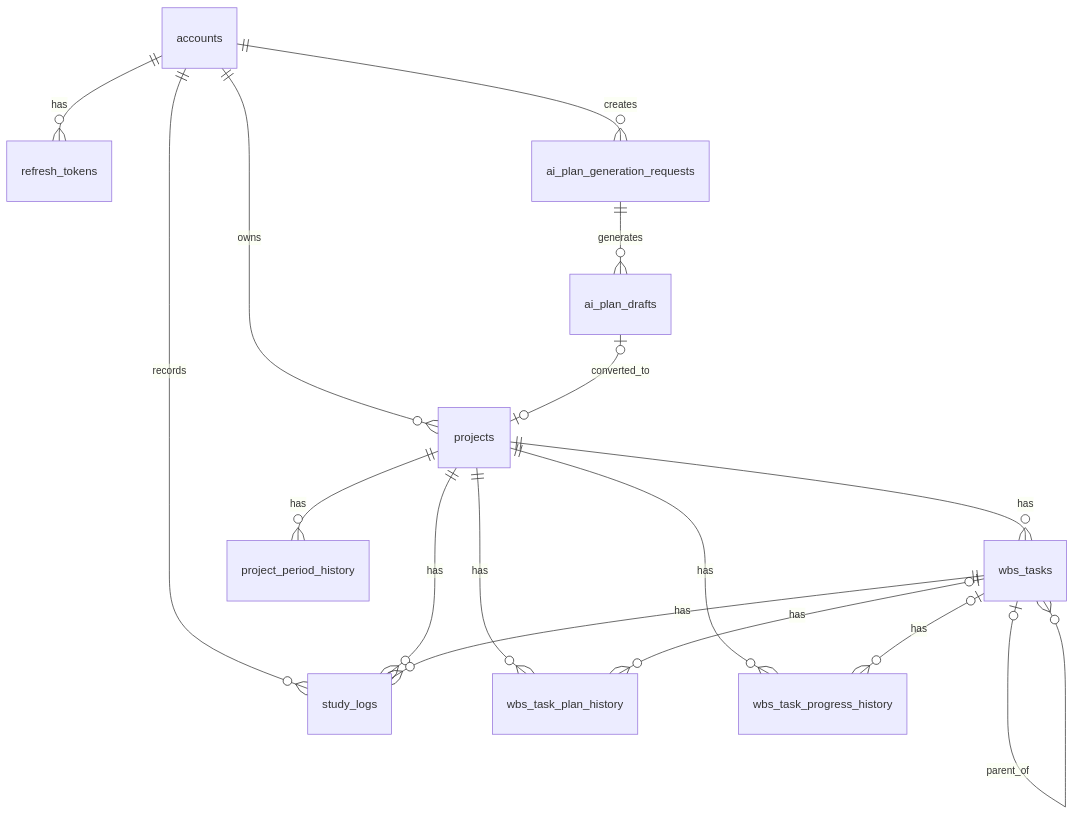
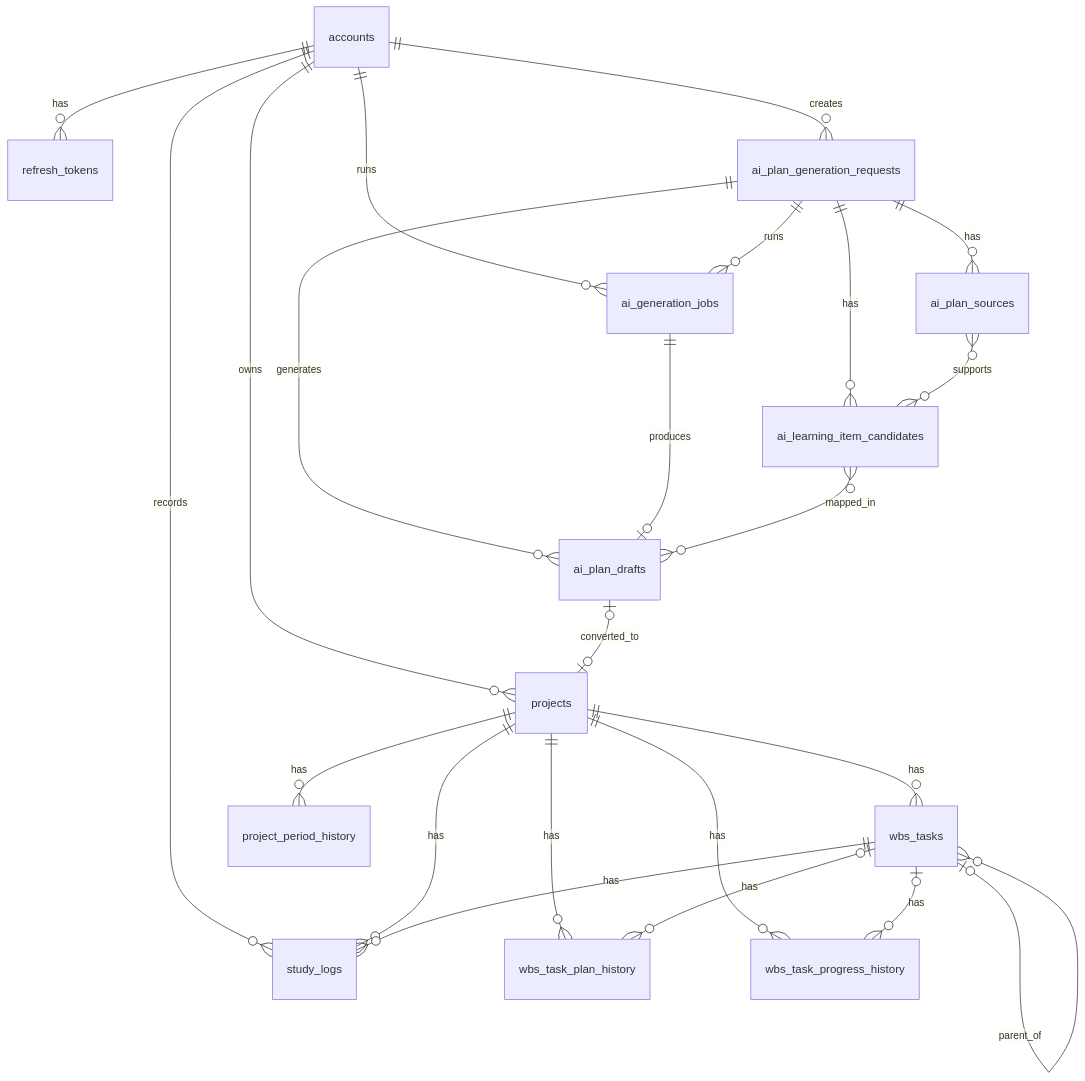
The diagram in docs/basic-design/data-model.md (ichime-develop/study-pm), drawn with Mermaid before and after one commit. The commit also changed other lines of this file and 24 other files, not shown here.

````diff
--- a/docs/basic-design/data-model.md
+++ b/docs/basic-design/data-model.md
@@ -238,21 +282,28 @@
 ```mermaid
 erDiagram
     accounts ||--o{ projects : owns
     accounts ||--o{ refresh_tokens : has
     accounts ||--o{ study_logs : records
     accounts ||--o{ ai_plan_generation_requests : creates
+    accounts ||--o{ ai_generation_jobs : runs
 
     projects ||--o{ wbs_tasks : has
     projects ||--o{ project_period_history : has
     projects ||--o{ wbs_task_plan_history : has
     projects ||--o{ wbs_task_progress_history : has
     projects ||--o{ study_logs : has
 
     wbs_tasks |o--o{ wbs_tasks : parent_of
     wbs_tasks |o--o{ wbs_task_plan_history : has
     wbs_tasks |o--o{ wbs_task_progress_history : has
     wbs_tasks ||--o{ study_logs : has
 
+    ai_plan_generation_requests ||--o{ ai_plan_sources : has
+    ai_plan_generation_requests ||--o{ ai_learning_item_candidates : has
+    ai_plan_generation_requests ||--o{ ai_generation_jobs : runs
     ai_plan_generation_requests ||--o{ ai_plan_drafts : generates
+    ai_plan_sources }o--o{ ai_learning_item_candidates : supports
+    ai_generation_jobs ||--o| ai_plan_drafts : produces
+    ai_learning_item_candidates }o--o{ ai_plan_drafts : mapped_in
     ai_plan_drafts |o--o| projects : converted_to
 ```
````
